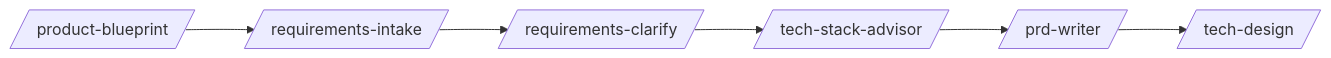
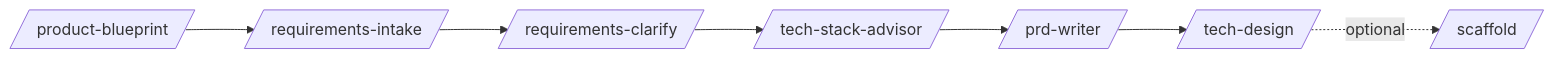
One commit to kulkarni2u/agentic-skills changed the diagram in README.md. Above: the diagram before and after it, drawn with Mermaid. The commit also changed other lines of this file and 2 other files, not shown here.

First line of the commit message:
Add scaffold sub-skill as optional phase 6 of product-blueprint

````diff
--- a/README.md
+++ b/README.md
@@ -10,8 +10,9 @@
 ```mermaid
 graph LR
     A[/product-blueprint/] --> B[/requirements-intake/]
     B --> C[/requirements-clarify/]
     C --> D[/tech-stack-advisor/]
     D --> E[/prd-writer/]
     E --> F[/tech-design/]
+    F -. optional .-> G[/scaffold/]
 ```
````
